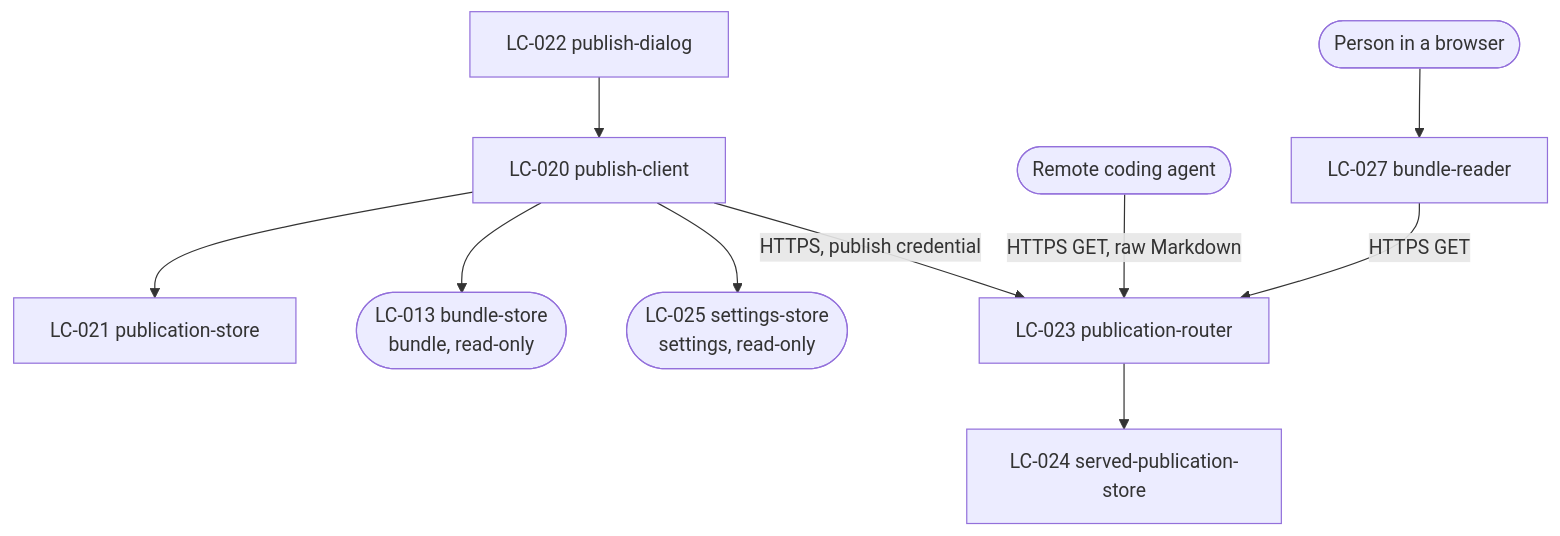
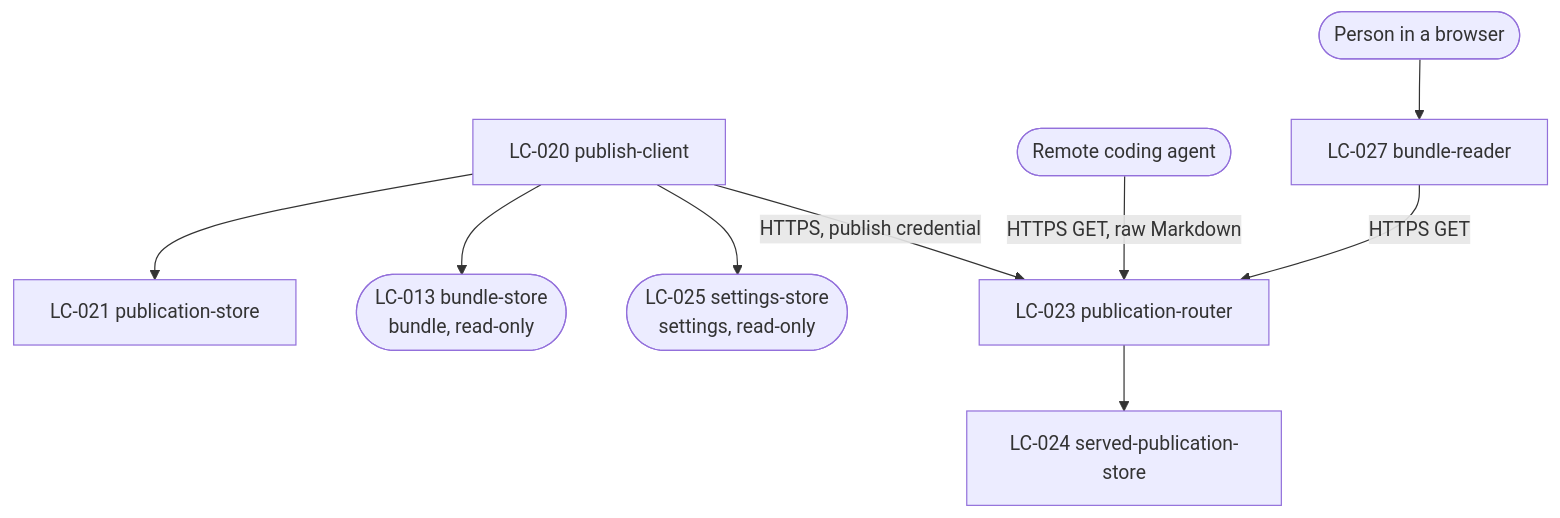
One commit to wiradigitalid/snapdown changed the diagram in .how-rendered/sharing/SDD-sharing.md. Above: the diagram before and after it, drawn with Mermaid. The commit also changed other lines of this file and 18 other files, not shown here.

First line of the commit message:
docs(decision): open DEC-020, withdraw the sharing publish dialog and not-found page, close BUG-2

````diff
--- a/.how-rendered/sharing/SDD-sharing.md
+++ b/.how-rendered/sharing/SDD-sharing.md
@@ -73,12 +72,11 @@
 ```mermaid
 graph TD
-    LC022["LC-022 publish-dialog"] --> LC020["LC-020 publish-client"]
-    LC020 --> LC021["LC-021 publication-store"]
+    LC020["LC-020 publish-client"] --> LC021["LC-021 publication-store"]
     LC020 --> LC013(["LC-013 bundle-store<br/>bundle, read-only"])
     LC020 --> LC025(["LC-025 settings-store<br/>settings, read-only"])
     LC020 -->|"HTTPS, publish credential"| LC023["LC-023 publication-router"]
     LC023 --> LC024["LC-024 served-publication-store"]
     RA(["Remote coding agent"]) -->|"HTTPS GET, raw Markdown"| LC023
     LC027["LC-027 bundle-reader"] -->|"HTTPS GET"| LC023
     P(["Person in a browser"]) --> LC027
 ```
````
